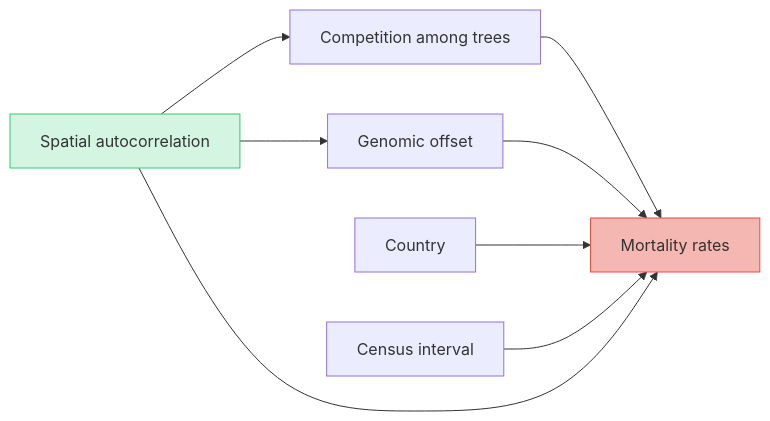
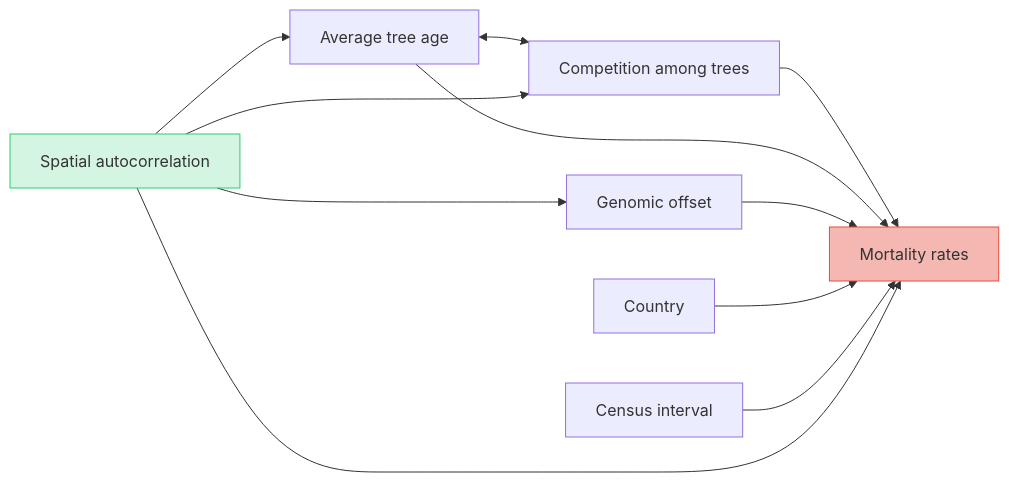
Before and after one commit to JulietteArchambeau/GOPredEvalPinpin: the diagram in reports/14_ValidationNFI_ModelComparison.qmd, drawn with Mermaid. The commit also changed other lines of this file and 21 other files, not shown here.

````diff
--- a/reports/14_ValidationNFI_ModelComparison.qmd
+++ b/reports/14_ValidationNFI_ModelComparison.qmd
@@ -78,12 +79,15 @@
 ```{mermaid}
 flowchart LR
   C[Competition among trees] --> M[Mortality rates]
+  DBH[Average tree age] --> M
+  DBH <--> C
   GO[Genomic offset] --> M
   Country --> M
   CS[Census interval] --> M
   S[Spatial autocorrelation] --> C
   S --> GO
   S --> M
+  S --> DBH
   style S fill:#D5F5E3,stroke:#2ECC71
   style M fill:#F5B7B1,stroke:#E74C3C
 ```
````
